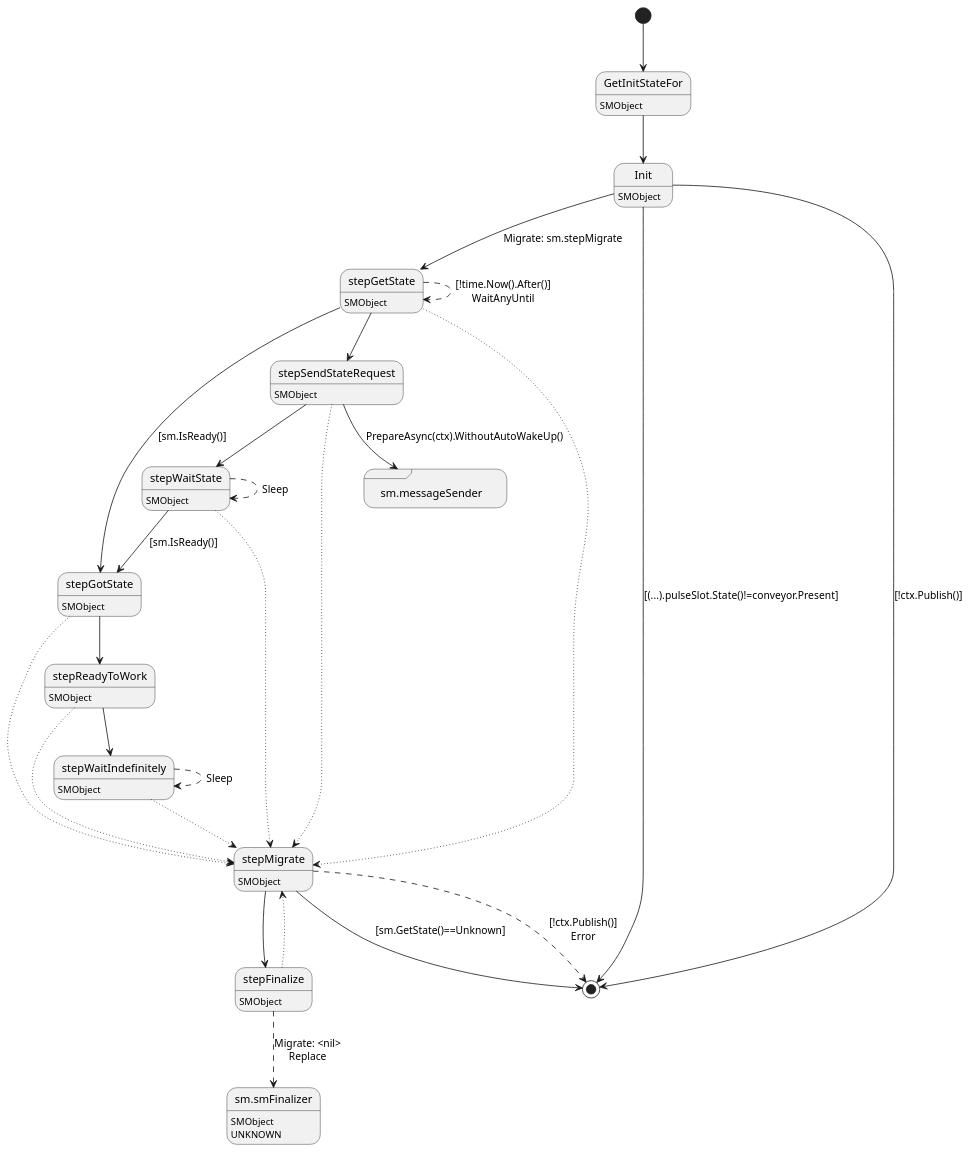
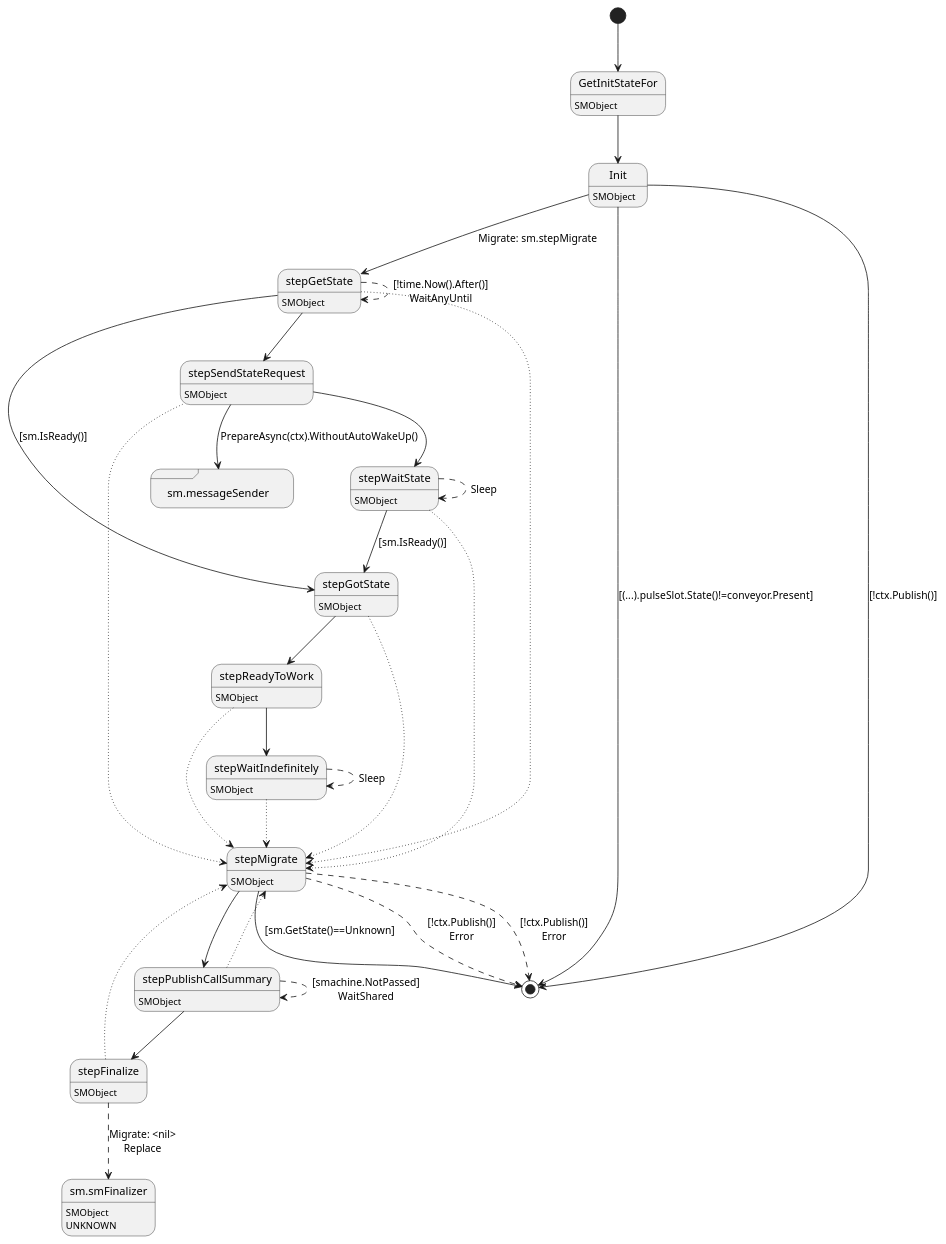
The diagram in ledger-core/virtual/object/object.plantuml (insolar/assured-ledger), drawn with PlantUML before and after one commit. The commit also changed 3 other files, not shown here.

Commit message:
PLAT-388: Publish VCallResult from SMObject to SMCallSummary

```diff
--- a/ledger-core/virtual/object/object.plantuml
+++ b/ledger-core/virtual/object/object.plantuml
@@ -1,52 +1,58 @@
 @startuml
 state "GetInitStateFor" as T00_S001
 T00_S001 : SMObject
 [*] --> T00_S001
 T00_S001 --> T00_S002
 state "Init" as T00_S002
 T00_S002 : SMObject
 T00_S002 --> [*] : [(...).pulseSlot.State()!=conveyor.Present]
 T00_S002 --> [*] : [!ctx.Publish()]
 T00_S002 --> T00_S005 : Migrate: sm.stepMigrate
 state "sm.messageSender" as T00_S004 <<sdlreceive>>
-state "stepFinalize" as T00_S011
-T00_S011 : SMObject
-T00_S011 --[dotted]> T00_S010
+state "stepFinalize" as T00_S012
+T00_S012 : SMObject
+T00_S012 --[dotted]> T00_S010
 state "sm.smFinalizer" as T00_U001
 T00_U001 : SMObject
 T00_U001 : UNKNOWN 
-T00_S011 --[dashed]> T00_U001 : Migrate: <nil>\nReplace
+T00_S012 --[dashed]> T00_U001 : Migrate: <nil>\nReplace
 state "stepGetState" as T00_S005
 T00_S005 : SMObject
 T00_S005 --[dotted]> T00_S010
 T00_S005 --> T00_S007 : [sm.IsReady()]
 T00_S005 --[dashed]> T00_S005 : [!time.Now().After()]\nWaitAnyUntil
 T00_S005 --> T00_S003
 state "stepGotState" as T00_S007
 T00_S007 : SMObject
 T00_S007 --[dotted]> T00_S010
 T00_S007 --> T00_S008
 state "stepMigrate" as T00_S010
 T00_S010 : SMObject
 T00_S010 --> [*] : [sm.GetState()==Unknown]
 T00_S010 --[dashed]> [*] : [!ctx.Publish()]\nError
+T00_S010 --[dashed]> [*] : [!ctx.Publish()]\nError
 T00_S010 --> T00_S011
+state "stepPublishCallSummary" as T00_S011
+T00_S011 : SMObject
+T00_S011 --[dotted]> T00_S010
+T00_S011 --[dashed]> T00_S011 : [smachine.NotPassed]\nWaitShared
+T00_S011 --> T00_S012
 state "stepReadyToWork" as T00_S008
 T00_S008 : SMObject
 T00_S008 --[dotted]> T00_S010
 T00_S008 --> T00_S009
 state "stepSendStateRequest" as T00_S003
 T00_S003 : SMObject
 T00_S003 --[dotted]> T00_S010
 T00_S003 --> T00_S004 : PrepareAsync(ctx).WithoutAutoWakeUp()
 T00_S003 --> T00_S006
 state "stepWaitIndefinitely" as T00_S009
 T00_S009 : SMObject
 T00_S009 --[dotted]> T00_S010
 T00_S009 --[dashed]> T00_S009 : Sleep
 state "stepWaitState" as T00_S006
 T00_S006 : SMObject
 T00_S006 --[dotted]> T00_S010
 T00_S006 --> T00_S007 : [sm.IsReady()]
 T00_S006 --[dashed]> T00_S006 : Sleep
 @enduml
```
